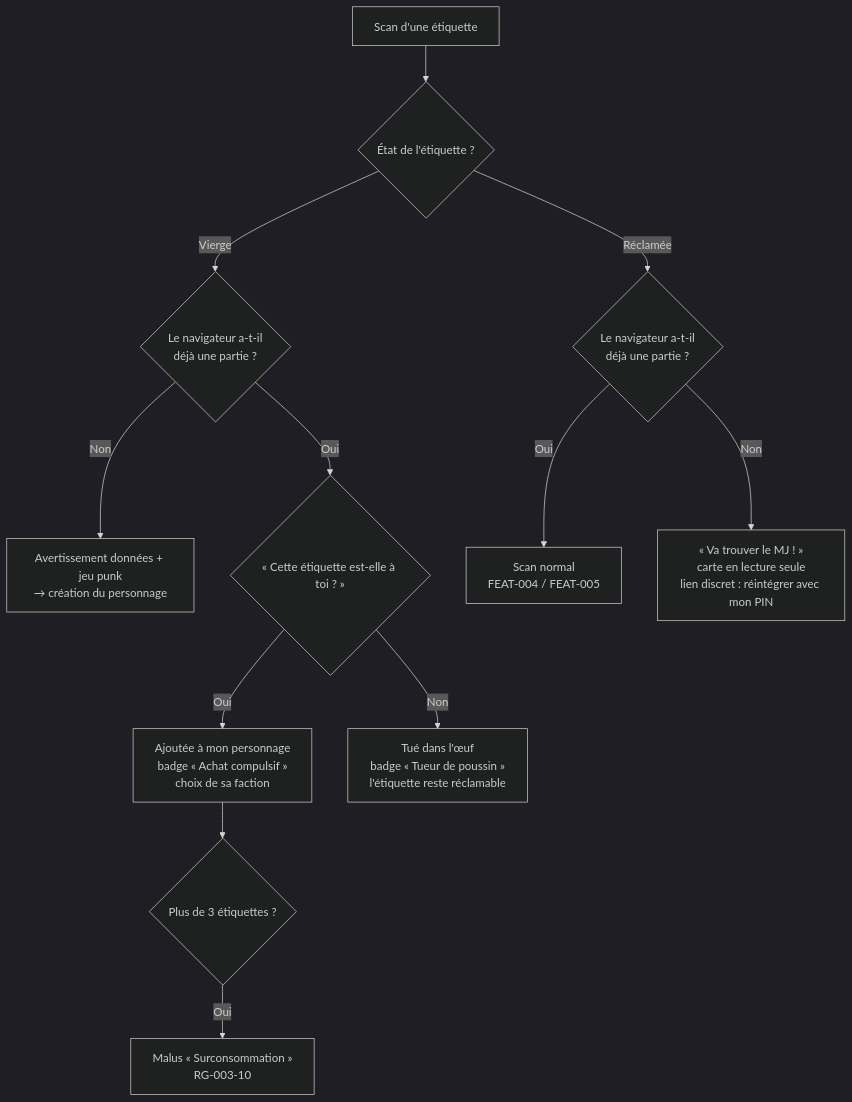
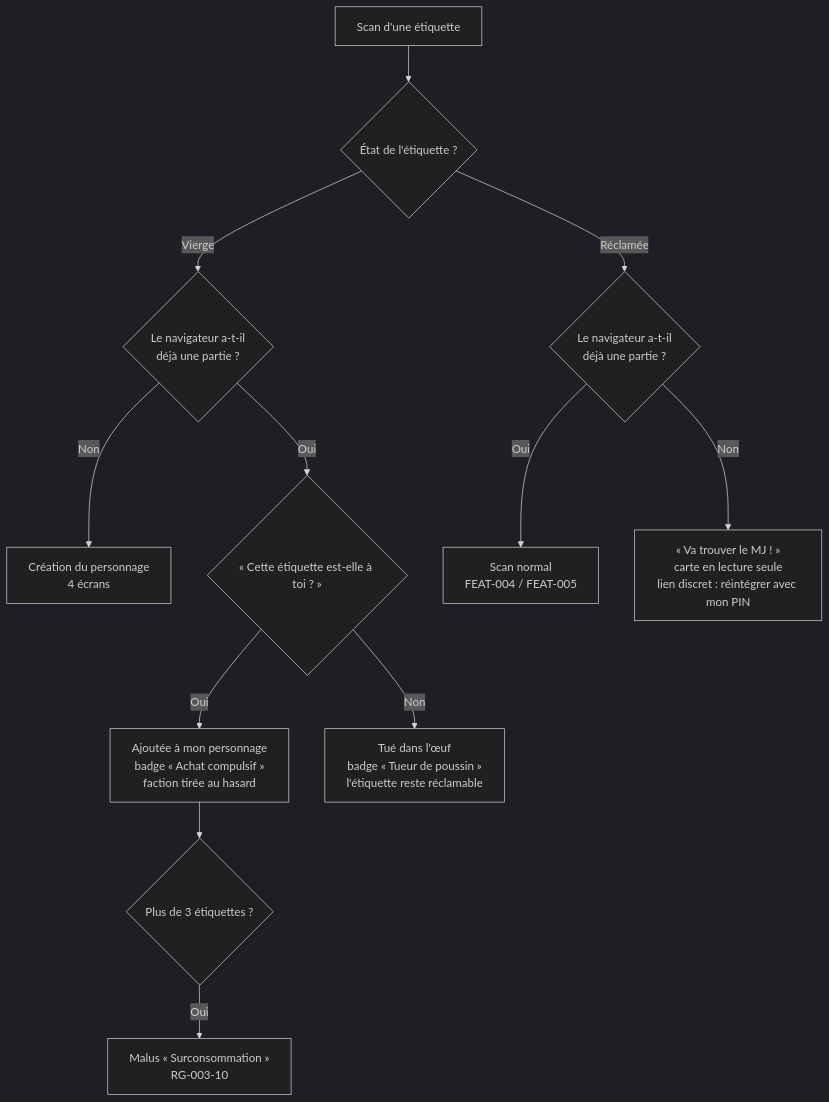
The diagram in specs/fonctionnalites/personnage.md (trash-anger/pandemonium2026), drawn with Mermaid (dark theme) before and after one commit. The commit also changed other lines of this file and 22 other files, not shown here.

First line of the commit message:
docs: création en 4 écrans, barème, outils du MJ et révélation D3.js

````diff
--- a/specs/fonctionnalites/personnage.md
+++ b/specs/fonctionnalites/personnage.md
@@ -17,14 +17,14 @@
 ```mermaid
 flowchart TD
     S[Scan d'une étiquette] --> R{État de l'étiquette ?}
     R -->|Vierge| Q{Le navigateur a-t-il<br/>déjà une partie ?}
-    Q -->|Non| C[Avertissement données + jeu punk<br/>→ création du personnage]
+    Q -->|Non| C[Création du personnage<br/>4 écrans]
     Q -->|Oui| K{« Cette étiquette est-elle à toi ? »}
-    K -->|Oui| A[Ajoutée à mon personnage<br/>badge « Achat compulsif »<br/>choix de sa faction]
+    K -->|Oui| A[Ajoutée à mon personnage<br/>badge « Achat compulsif »<br/>faction tirée au hasard]
     K -->|Non| T[Tué dans l'œuf<br/>badge « Tueur de poussin »<br/>l'étiquette reste réclamable]
     A --> M{Plus de 3 étiquettes ?}
     M -->|Oui| SC[Malus « Surconsommation »<br/>RG-003-10]
     R -->|Réclamée| P{Le navigateur a-t-il<br/>déjà une partie ?}
     P -->|Oui| N[Scan normal<br/>FEAT-004 / FEAT-005]
     P -->|Non| V[« Va trouver le MJ ! »<br/>carte en lecture seule<br/>lien discret : réintégrer avec mon PIN]
 ```
````
